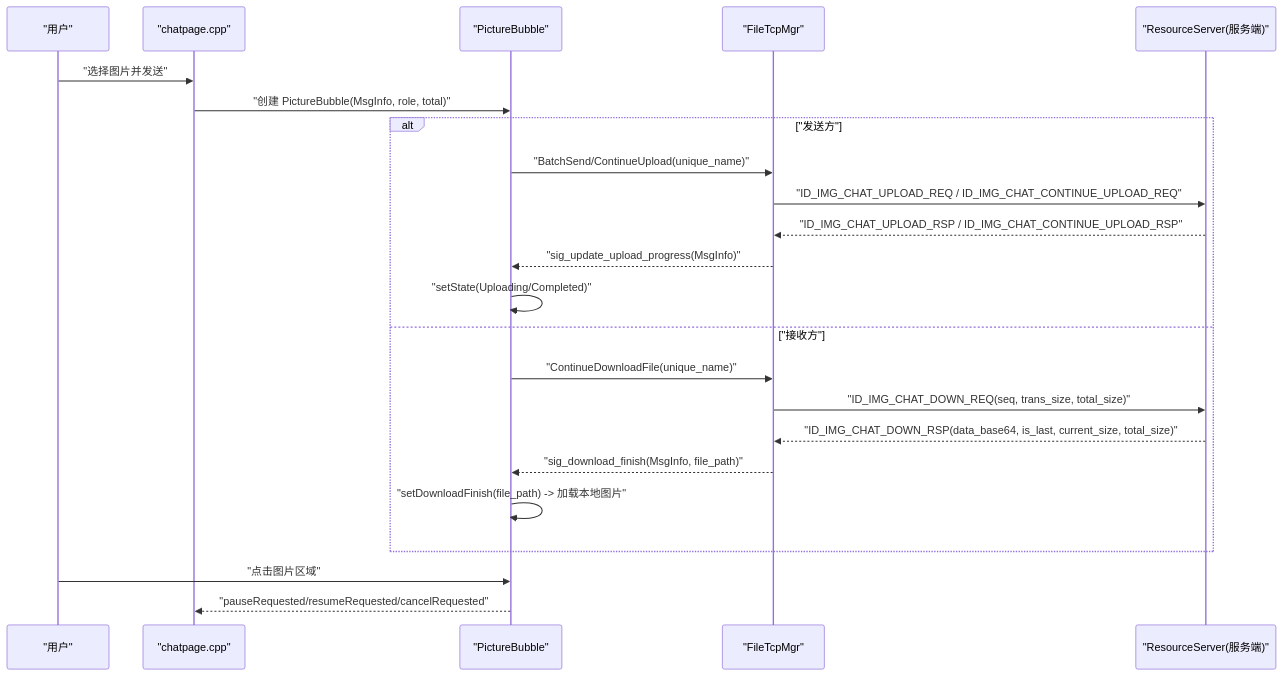
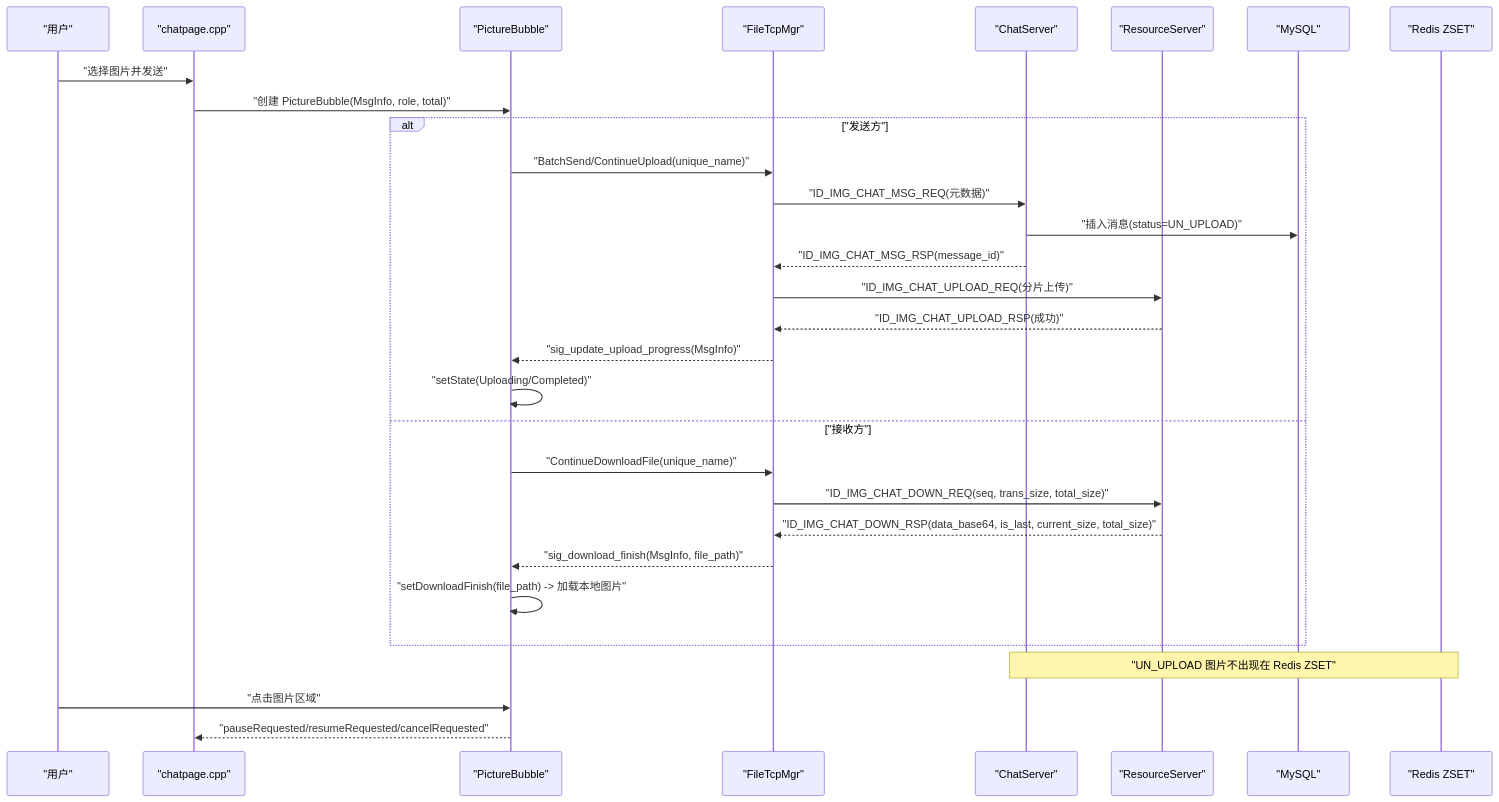
One commit to echo9923/mychatter changed the second of 6 diagrams in .qoder/repowiki/zh/content/核心功能模块/聊天消息系统/图片消息处理.md. Above: the diagram before and after it, drawn with Mermaid. The commit also changed other lines of this file and 54 other files, not shown here.

````diff
--- a/.qoder/repowiki/zh/content/核心功能模块/聊天消息系统/图片消息处理.md
+++ b/.qoder/repowiki/zh/content/核心功能模块/聊天消息系统/图片消息处理.md
@@ -120,25 +130,32 @@
 ```mermaid
 sequenceDiagram
 participant User as "用户"
 participant ChatPage as "chatpage.cpp"
 participant PB as "PictureBubble"
 participant FT as "FileTcpMgr"
-participant RS as "ResourceServer(服务端)"
+participant CS as "ChatServer"
+participant RS as "ResourceServer"
+participant DB as "MySQL"
+participant Redis as "Redis ZSET"
 User->>ChatPage : "选择图片并发送"
 ChatPage->>PB : "创建 PictureBubble(MsgInfo, role, total)"
 alt "发送方"
 PB->>FT : "BatchSend/ContinueUpload(unique_name)"
-FT->>RS : "ID_IMG_CHAT_UPLOAD_REQ / ID_IMG_CHAT_CONTINUE_UPLOAD_REQ"
-RS-->>FT : "ID_IMG_CHAT_UPLOAD_RSP / ID_IMG_CHAT_CONTINUE_UPLOAD_RSP"
+FT->>CS : "ID_IMG_CHAT_MSG_REQ(元数据)"
+CS->>DB : "插入消息(status=UN_UPLOAD)"
+CS-->>FT : "ID_IMG_CHAT_MSG_RSP(message_id)"
+FT->>RS : "ID_IMG_CHAT_UPLOAD_REQ(分片上传)"
+RS-->>FT : "ID_IMG_CHAT_UPLOAD_RSP(成功)"
 FT-->>PB : "sig_update_upload_progress(MsgInfo)"
 PB->>PB : "setState(Uploading/Completed)"
 else "接收方"
 PB->>FT : "ContinueDownloadFile(unique_name)"
 FT->>RS : "ID_IMG_CHAT_DOWN_REQ(seq, trans_size, total_size)"
 RS-->>FT : "ID_IMG_CHAT_DOWN_RSP(data_base64, is_last, current_size, total_size)"
 FT-->>PB : "sig_download_finish(MsgInfo, file_path)"
 PB->>PB : "setDownloadFinish(file_path) -> 加载本地图片"
 end
+Note over CS,Redis : "UN_UPLOAD 图片不出现在 Redis ZSET"
 User->>PB : "点击图片区域"
 PB-->>ChatPage : "pauseRequested/resumeRequested/cancelRequested"
 ```
````
